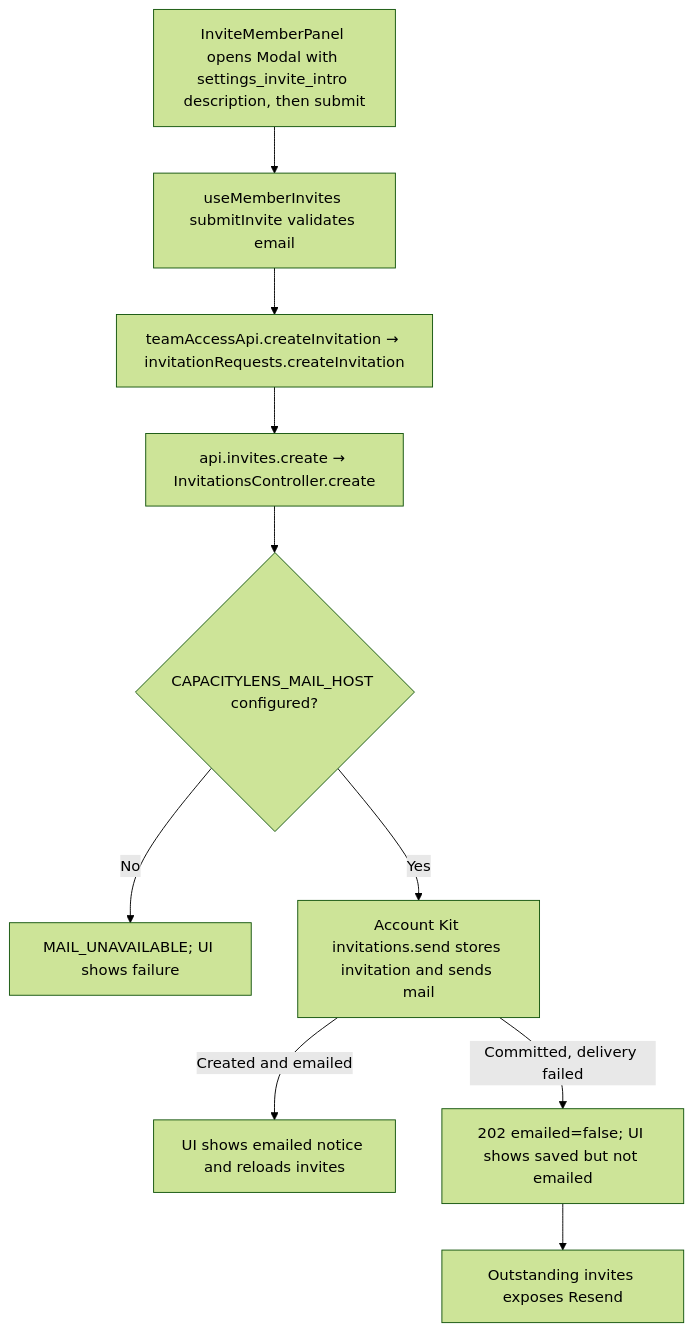
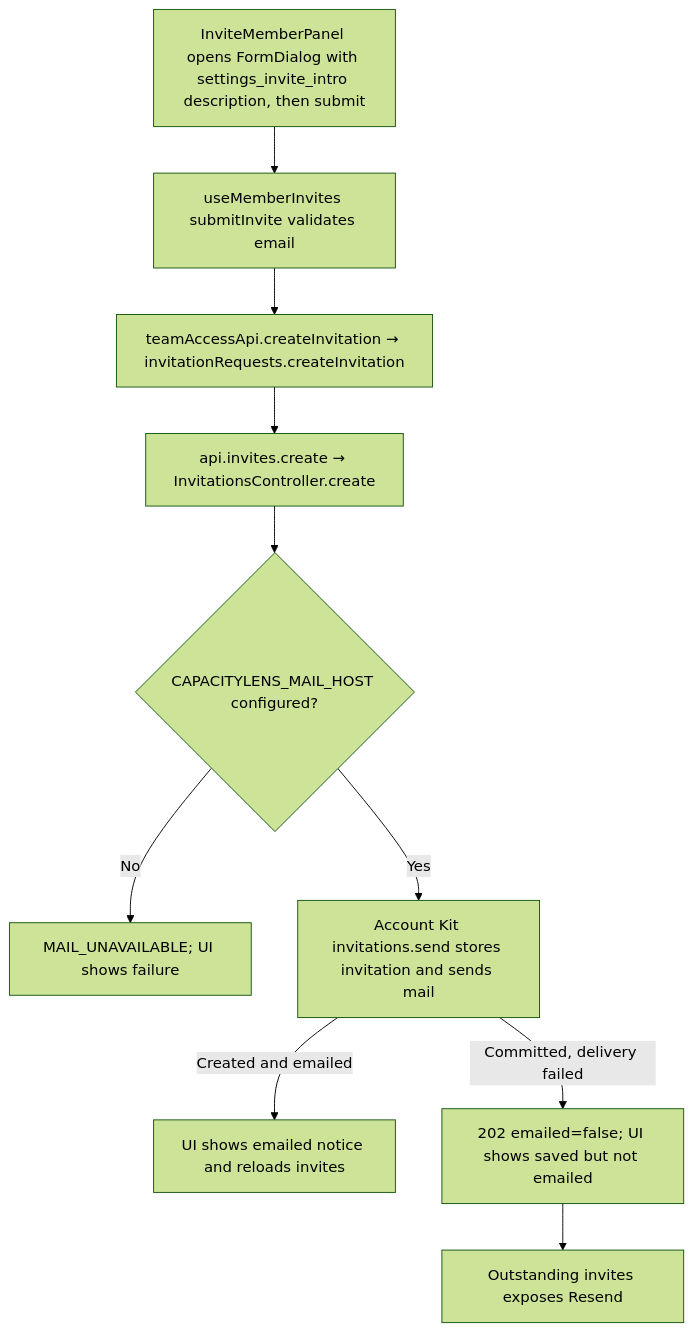
One commit to Kevinjohn/capacitylens changed the second of 2 diagrams in user-stories/team/US-TEAM-02-invite-member.md. Above: the diagram before and after it, drawn with Mermaid (forest theme). The commit also changed 88 other files, not shown here.

First line of the commit message:
Modal to dialog: rename the form dialog wrapper and remaining names

````diff
--- a/user-stories/team/US-TEAM-02-invite-member.md
+++ b/user-stories/team/US-TEAM-02-invite-member.md
@@ -38,12 +38,12 @@
 ```mermaid
 flowchart TD
-    Panel["InviteMemberPanel opens Modal with settings_invite_intro description, then submit"] --> Hook["useMemberInvites submitInvite validates email"]
+    Panel["InviteMemberPanel opens FormDialog with settings_invite_intro description, then submit"] --> Hook["useMemberInvites submitInvite validates email"]
     Hook --> Client["teamAccessApi.createInvitation → invitationRequests.createInvitation"]
     Client --> Route["api.invites.create → InvitationsController.create"]
     Route --> MailConfig{"CAPACITYLENS_MAIL_HOST configured?"}
     MailConfig -- "No" --> Refused["MAIL_UNAVAILABLE; UI shows failure"]
     MailConfig -- "Yes" --> Kit["Account Kit invitations.send stores invitation and sends mail"]
     Kit -->|"Created and emailed"| Saved["UI shows emailed notice and reloads invites"]
     Kit -->|"Committed, delivery failed"| Stored["202 emailed=false; UI shows saved but not emailed"]
     Stored --> Resend["Outstanding invites exposes Resend"]
 ```
````
